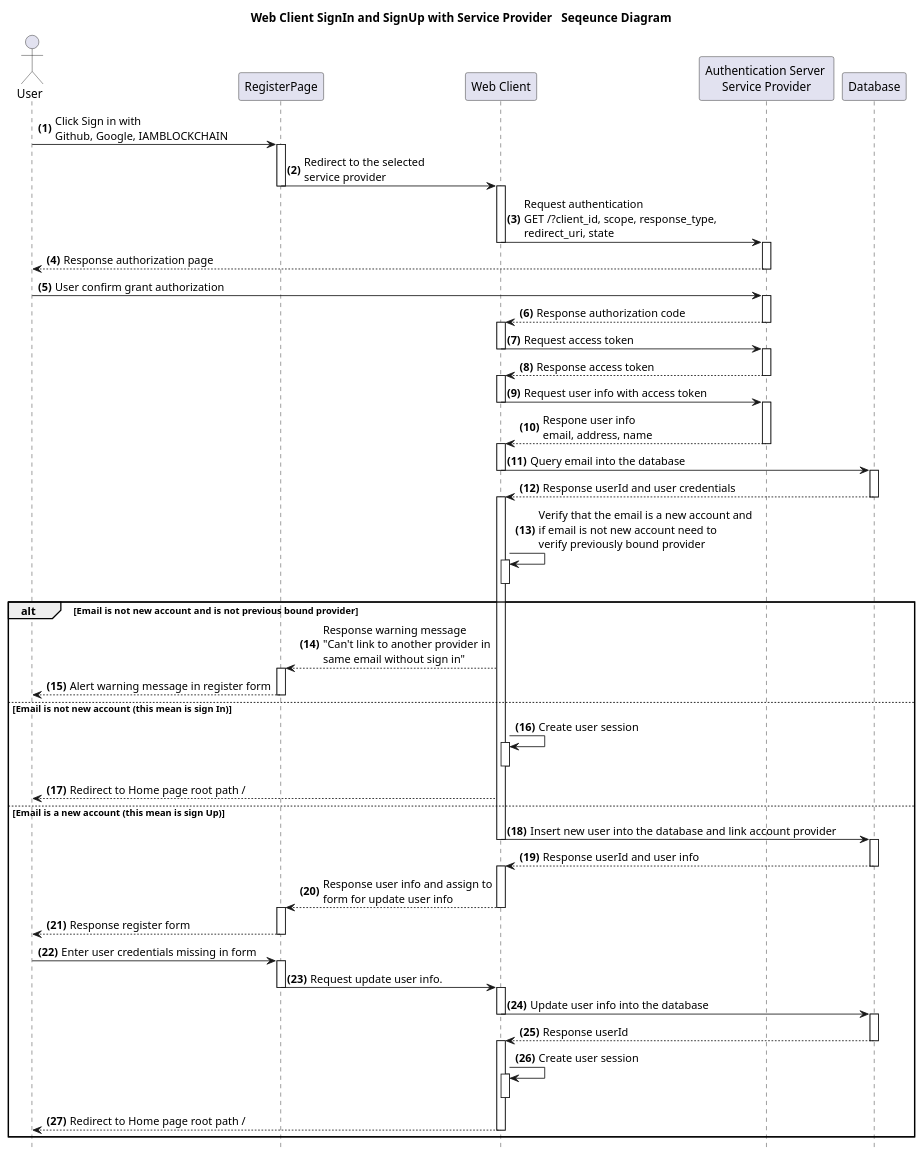
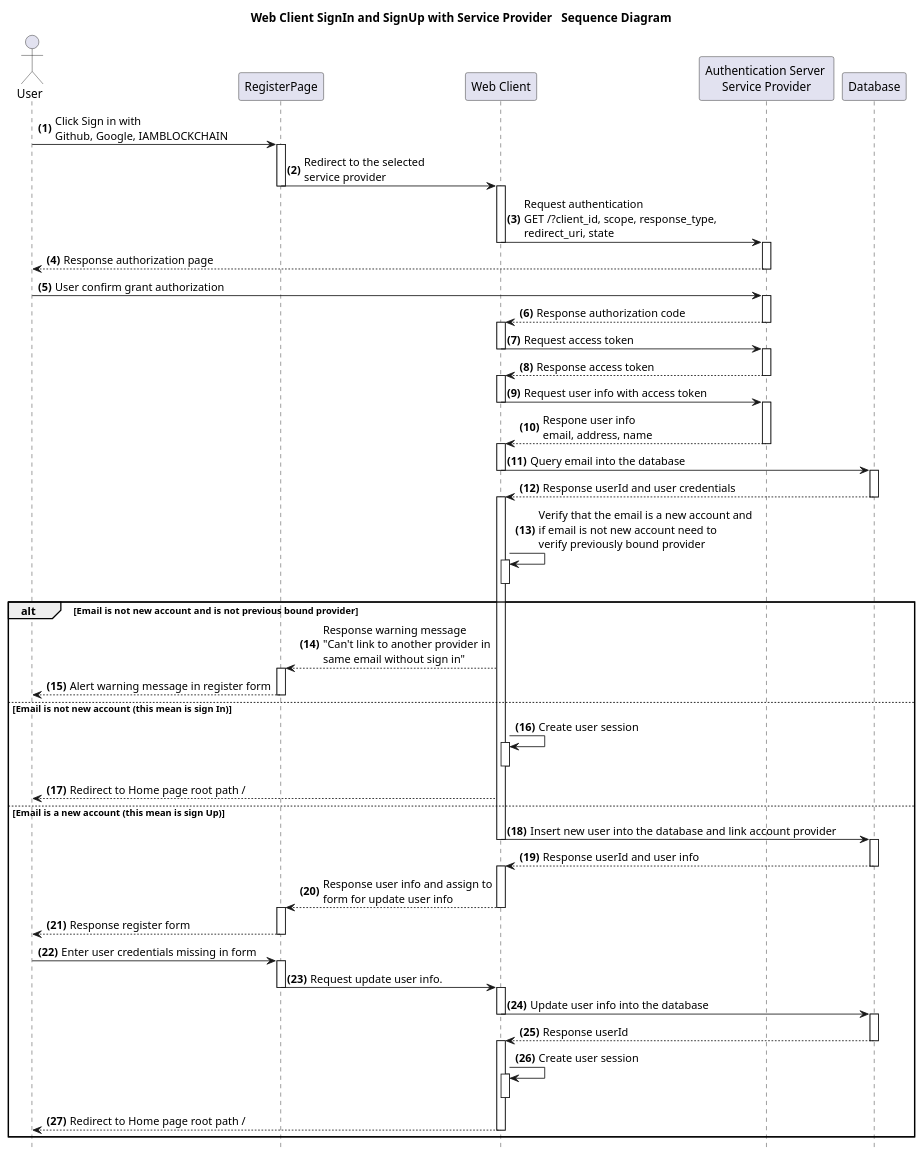
Before and after one commit to Kritsanawipankhet/CE64-41: the diagram in documents/diagrams/src/web-client/SignInAndSignUpWithServiceProvider.wsd, drawn with PlantUML. The commit also changed 12 other files, not shown here.

Commit message:
edit title diagram

```diff
--- a/documents/diagrams/src/web-client/SignInAndSignUpWithServiceProvider.wsd
+++ b/documents/diagrams/src/web-client/SignInAndSignUpWithServiceProvider.wsd
@@ -1,38 +1,38 @@
 @startuml Web Client SignIn and SignUp with Service Provider 
-title **Web Client SignIn and SignUp with Service Provider  ** Seqeunce Diagram
+title **Web Client SignIn and SignUp with Service Provider  ** Sequence Diagram
 hide footbox
 Actor User
 autonumber "<b>(0)"
 User-> RegisterPage ++: Click Sign in with \nGithub, Google, IAMBLOCKCHAIN
 "RegisterPage" -> "Web Client" --++: Redirect to the selected\nservice provider 
 "Web Client" ->"Authentication Server \nService Provider" --++: Request authentication \nGET /?client_id, scope, response_type, \nredirect_uri, state
 "Authentication Server \nService Provider" --> "User" --: Response authorization page
 "User" -> "Authentication Server \nService Provider" ++: User confirm grant authorization
 "Authentication Server \nService Provider" --> "Web Client" --++:Response authorization code 
 "Web Client" -> "Authentication Server \nService Provider" --++: Request access token
 "Authentication Server \nService Provider" --> "Web Client" --++: Response access token
 "Web Client" -> "Authentication Server \nService Provider" --++: Request user info with access token
 "Authentication Server \nService Provider" --> "Web Client" --++: Respone user info\nemail, address, name
 "Web Client" -> "Database" --++: Query email into the database
 "Database" --> "Web Client" --++: Response userId and user credentials
 "Web Client" -> "Web Client" ++--: Verify that the email is a new account and\nif email is not new account need to\nverify previously bound provider 
 alt Email is not new account and is not previous bound provider
     "Web Client" --> "RegisterPage"++: Response warning message \n"Can't link to another provider in \nsame email without sign in"
     "RegisterPage" --> "User"--:  Alert warning message in register form
 else Email is not new account (this mean is sign In)
     "Web Client" -> "Web Client" ++--: Create user session
     "Web Client" --> "User": Redirect to Home page root path / 
 else Email is a new account (this mean is sign Up)
     "Web Client" -> "Database" --++: Insert new user into the database and link account provider
     "Database" --> "Web Client" --++: Response userId and user info 
     "Web Client" --> "RegisterPage" --++: Response user info and assign to \nform for update user info
     "RegisterPage" --> "User" --: Response register form
     "User" -> "RegisterPage" ++: Enter user credentials missing in form 
     "RegisterPage" -> "Web Client" --++:  Request update user info.
     "Web Client" -> "Database" --++: Update user info into the database
     "Database" --> "Web Client" --++: Response userId
     "Web Client" -> "Web Client" ++--: Create user session
     "Web Client" --> "User" --:  Redirect to Home page root path /
 end
 
 @enduml
```
